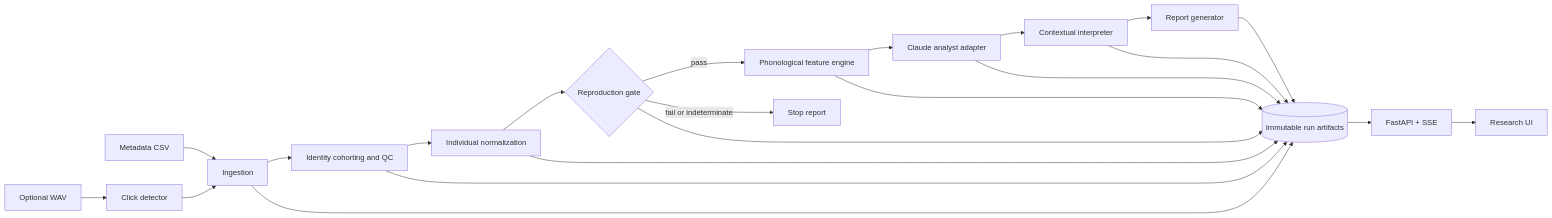
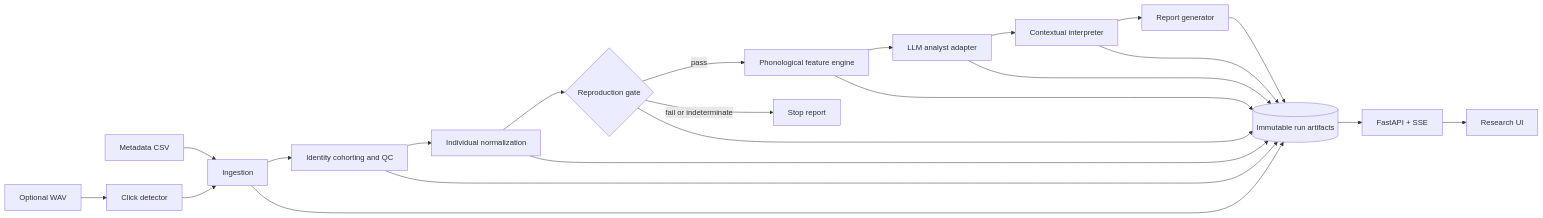
The diagram in docs/architecture.md (G10hdz/rosetta-coda), drawn with Mermaid before and after one commit. The commit also changed other lines of this file and 10 other files, not shown here.

Commit message:
docs: open-source hygiene — community files, templates, as-built architecture

````diff
--- a/docs/architecture.md
+++ b/docs/architecture.md
@@ -32,24 +32,24 @@
 ```mermaid
 flowchart LR
     A[Metadata CSV] --> I[Ingestion]
     W[Optional WAV] --> D[Click detector]
     D --> I
     I --> Q[Identity cohorting and QC]
     Q --> N[Individual normalization]
     N --> G{Reproduction gate}
     G -->|pass| P[Phonological feature engine]
     G -->|fail or indeterminate| X[Stop report]
-    P --> L[Claude analyst adapter]
+    P --> L[LLM analyst adapter]
     L --> C[Contextual interpreter]
     C --> R[Report generator]
     I --> S[(Immutable run artifacts)]
     Q --> S
     N --> S
     G --> S
     P --> S
     L --> S
     C --> S
     R --> S
     S --> API[FastAPI + SSE]
     API --> UI[Research UI]
 ```
````
